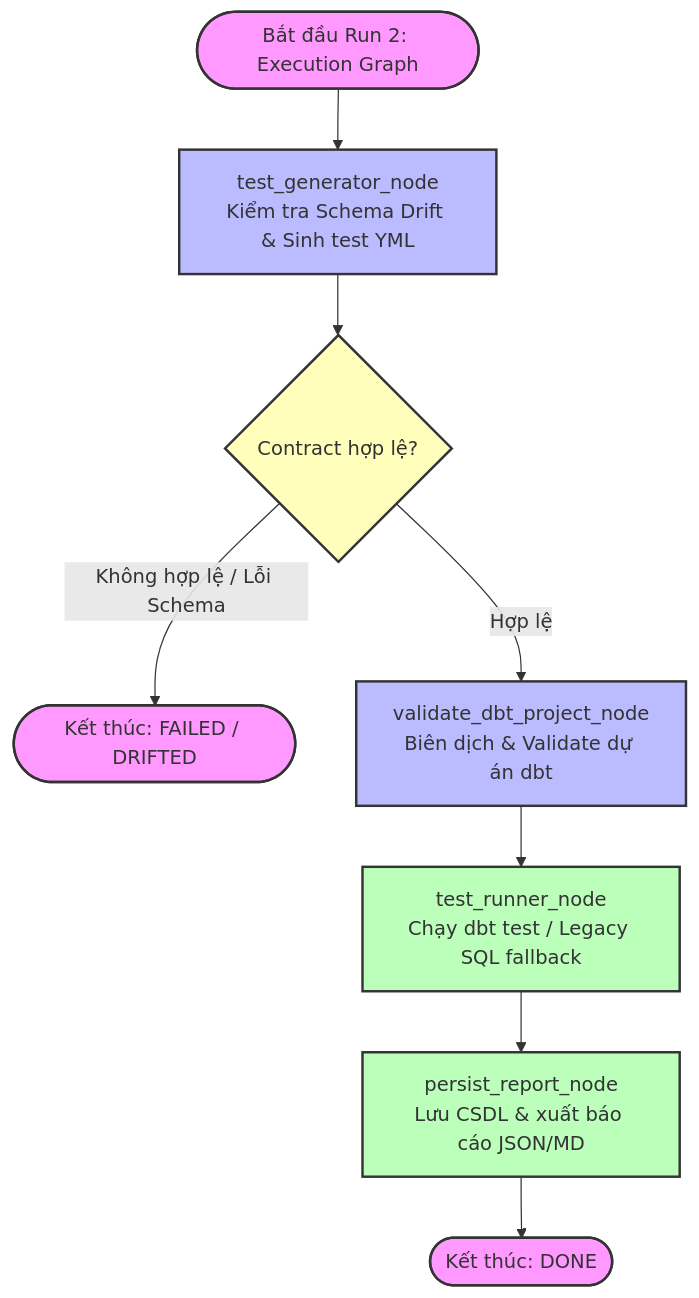
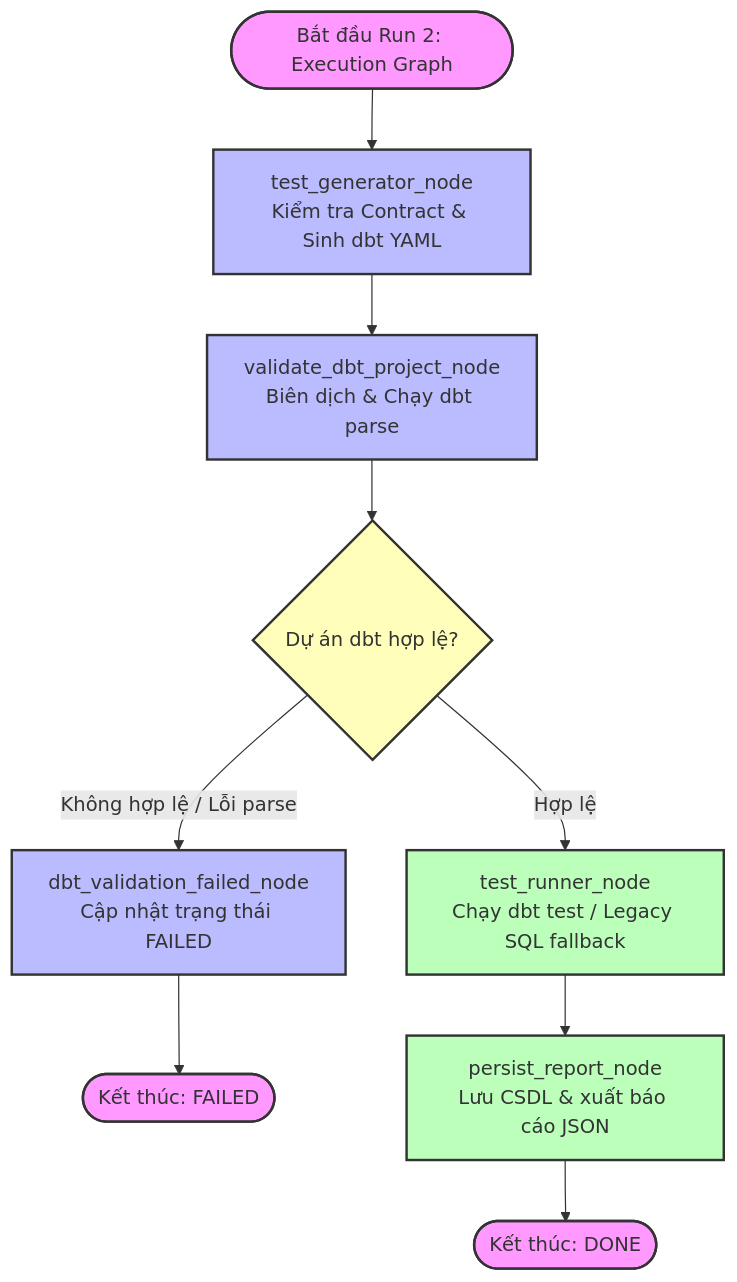
Before and after one commit to Phongnhv/P_28_Deploy: the first of 2 diagrams in docs/run2_run3_agent_workflow.md, drawn with Mermaid. The commit also changed other lines of this file and 1 other file, not shown here.

Commit message:
docs: add comprehensive documentation for Run 2 graph review and Run 3 implementation plans

````diff
--- a/docs/run2_run3_agent_workflow.md
+++ b/docs/run2_run3_agent_workflow.md
@@ -11,25 +11,26 @@
 ```mermaid
 graph TD
     %% Styling
     classDef startEnd fill:#f9f,stroke:#333,stroke-width:2px;
     classDef agent fill:#bbf,stroke:#333,stroke-width:2px;
     classDef gate fill:#ffb,stroke:#333,stroke-width:2px;
     classDef db fill:#bfb,stroke:#333,stroke-width:2px;
 
-    START([Bắt đầu Run 2: Execution Graph]) --> test_generator[test_generator_node<br>Kiểm tra Schema Drift & Sinh test YML]
+    START([Bắt đầu Run 2: Execution Graph]) --> test_generator[test_generator_node<br>Kiểm tra Contract & Sinh dbt YAML]
+    test_generator --> validate_dbt[validate_dbt_project_node<br>Biên dịch & Chạy dbt parse]
     
-    test_generator --> DriftCheck{Contract hợp lệ?}
+    validate_dbt --> ValidationCheck{Dự án dbt hợp lệ?}
     
-    DriftCheck -->|Không hợp lệ / Lỗi Schema| END_FAIL([Kết thúc: FAILED / DRIFTED])
-    DriftCheck -->|Hợp lệ| validate_dbt[validate_dbt_project_node<br>Biên dịch & Validate dự án dbt]
+    ValidationCheck -->|Không hợp lệ / Lỗi parse| dbt_validation_failed[dbt_validation_failed_node<br>Cập nhật trạng thái FAILED]
+    dbt_validation_failed --> END_FAIL([Kết thúc: FAILED])
     
-    validate_dbt --> test_runner[test_runner_node<br>Chạy dbt test / Legacy SQL fallback]
-    test_runner --> persist_report[persist_report_node<br>Lưu CSDL & xuất báo cáo JSON/MD]
+    ValidationCheck -->|Hợp lệ| test_runner[test_runner_node<br>Chạy dbt test / Legacy SQL fallback]
+    test_runner --> persist_report[persist_report_node<br>Lưu CSDL & xuất báo cáo JSON]
     
     persist_report --> END([Kết thúc: DONE])
 
     class START,END,END_FAIL startEnd;
-    class test_generator,validate_dbt agent;
-    class DriftCheck gate;
+    class test_generator,validate_dbt,dbt_validation_failed agent;
+    class ValidationCheck gate;
     class test_runner,persist_report db;
 ```
````
